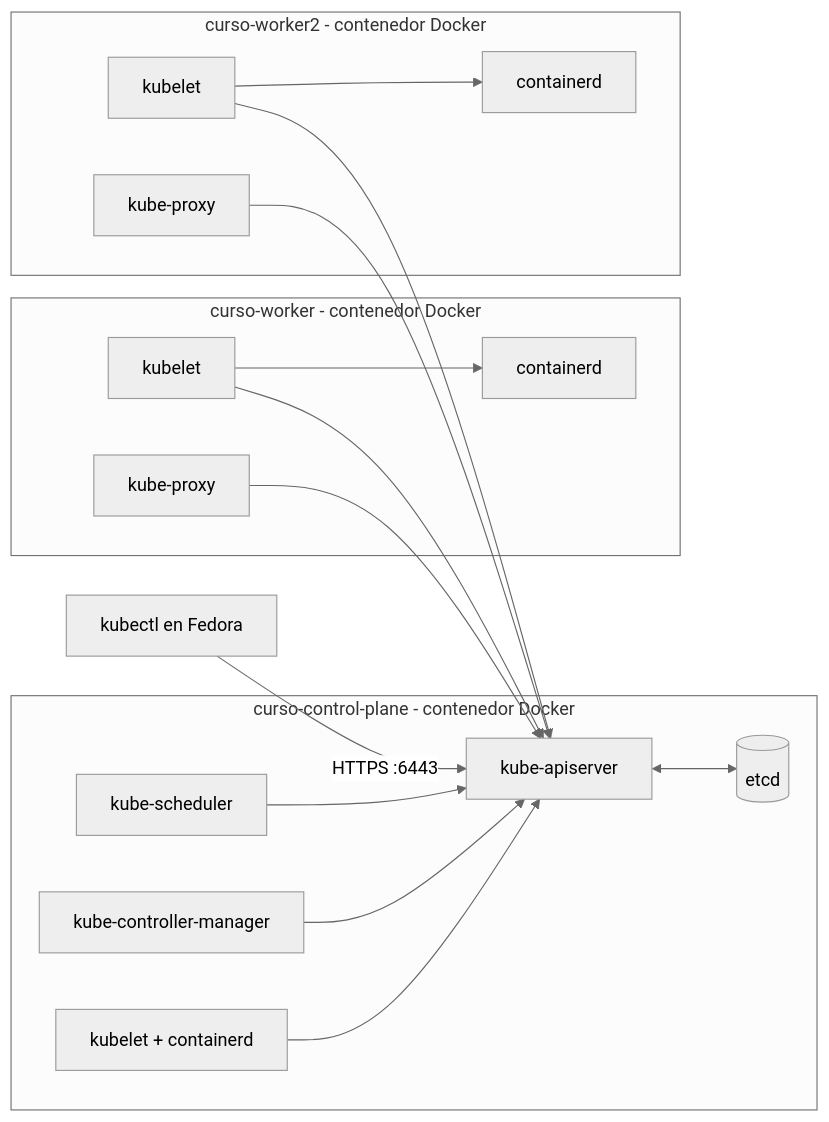
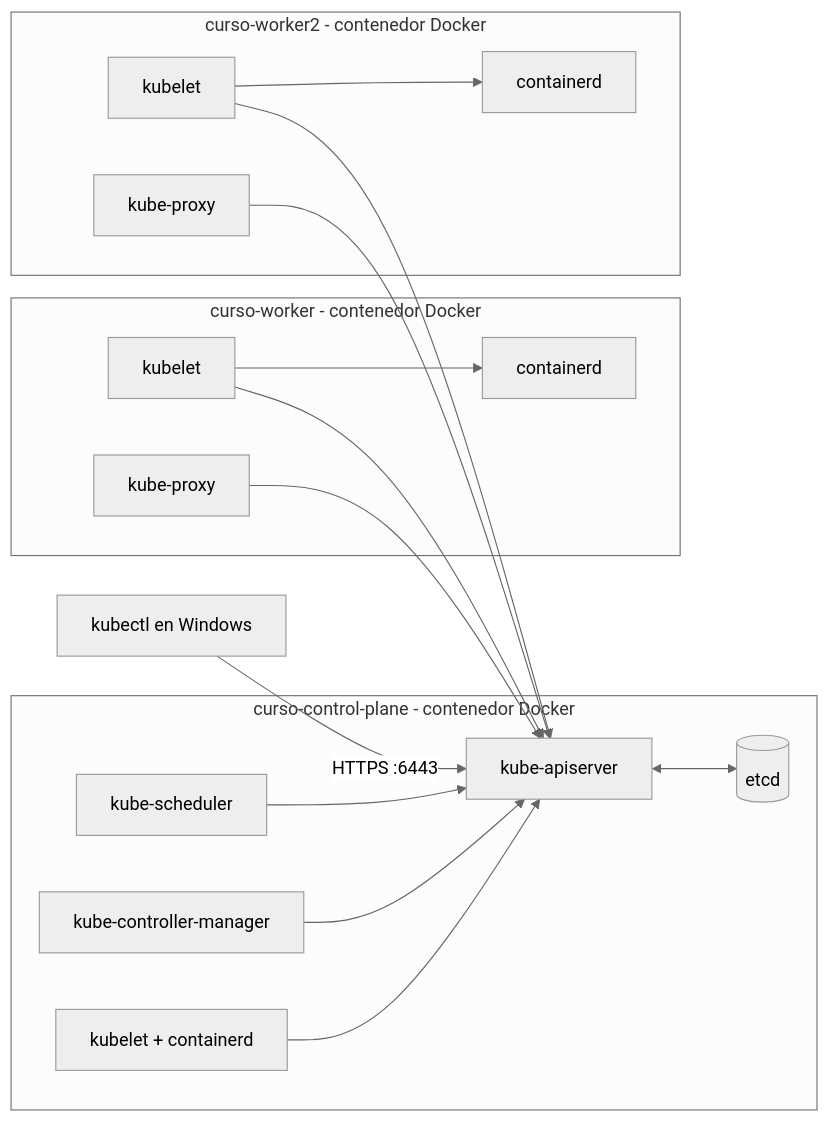
Before and after one commit to devbryan02/k8s-curso-practico: the second of 4 diagrams in 01-cluster-kind/README.md, drawn with Mermaid (neutral theme). The commit also changed other lines of this file and 17 other files, not shown here.

````diff
--- a/01-cluster-kind/README.md
+++ b/01-cluster-kind/README.md
@@ -34,31 +35,31 @@
 ```mermaid
 flowchart LR
-    KUBECTL["kubectl en Fedora"] -- "HTTPS :6443" --> API
+    KUBECTL["kubectl en Windows"] -- "HTTPS :6443" --> API
     subgraph CP["curso-control-plane - contenedor Docker"]
         API["kube-apiserver"]
         ETCD[("etcd")]
         SCHED["kube-scheduler"]
         CM["kube-controller-manager"]
         KL0["kubelet + containerd"]
         API <--> ETCD
         SCHED --> API
         CM --> API
         KL0 --> API
     end
     subgraph WK1["curso-worker - contenedor Docker"]
         KL1["kubelet"]
         KP1["kube-proxy"]
         CRI1["containerd"]
         KL1 --> CRI1
     end
     subgraph WK2["curso-worker2 - contenedor Docker"]
         KL2["kubelet"]
         KP2["kube-proxy"]
         CRI2["containerd"]
         KL2 --> CRI2
     end
     KL1 --> API
     KL2 --> API
     KP1 --> API
     KP2 --> API
 ```
````
